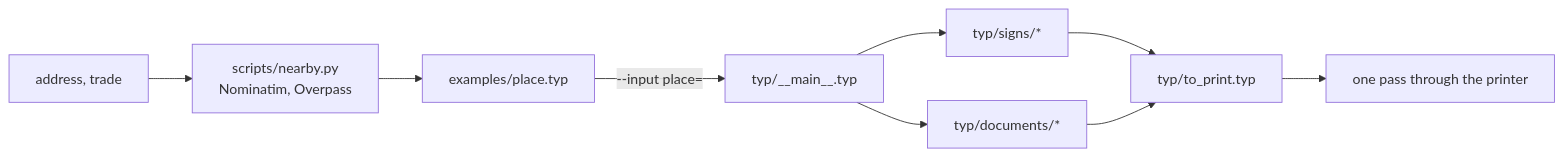
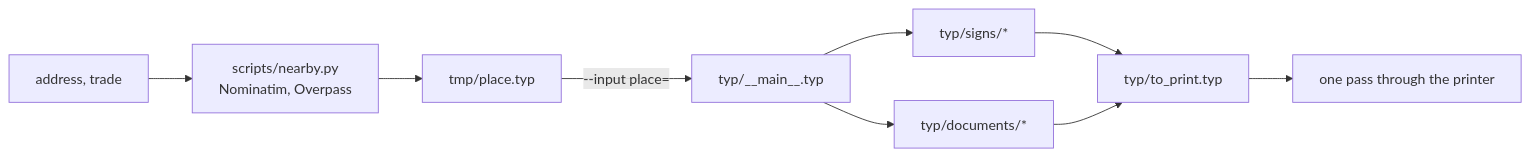
Before and after one commit to Service-Arb/verif_tools: the diagram in docs/ARCHITECTURE.md, drawn with Mermaid. The commit also changed 4 other files, not shown here.

````diff
--- a/docs/ARCHITECTURE.md
+++ b/docs/ARCHITECTURE.md
@@ -10,11 +10,11 @@
 ```mermaid
 flowchart LR
     A["address, trade"] --> N["scripts/nearby.py<br/>Nominatim, Overpass"]
-    N --> P["examples/place.typ"]
+    N --> P["tmp/place.typ"]
     P -->|--input place=| M["typ/__main__.typ"]
     M --> S["typ/signs/*"]
     M --> D["typ/documents/*"]
     S --> T["typ/to_print.typ"]
     D --> T
     T --> O["one pass through the printer"]
 ```
````
